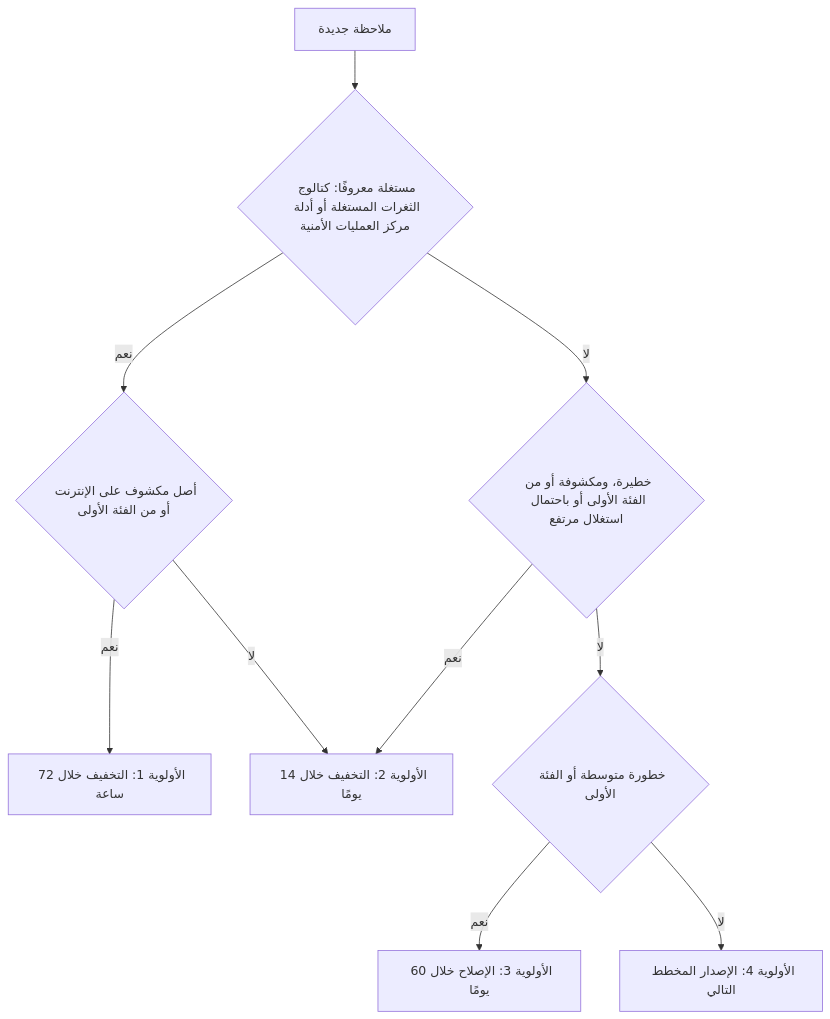
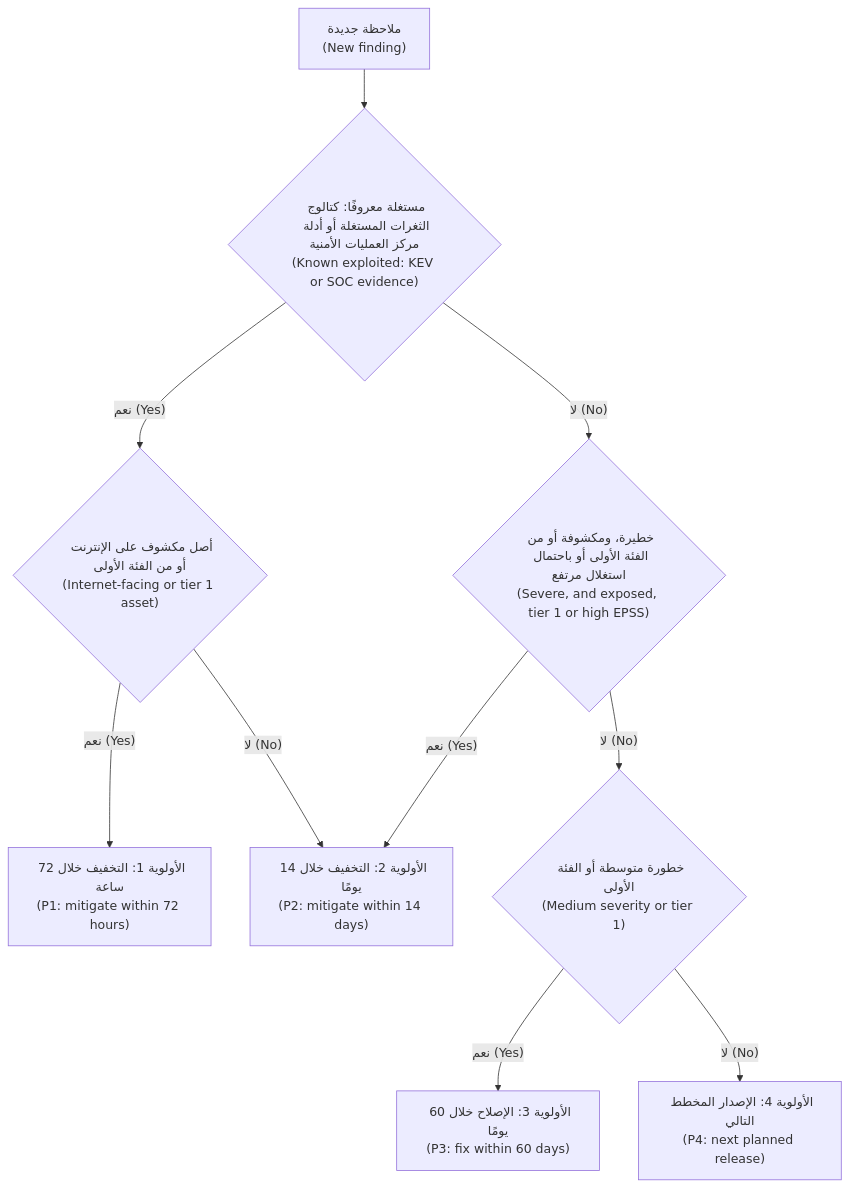
One commit to Tamoura/system-design-for-vibe-coders changed the third of 3 diagrams in secai/modules/01-foundations.ar.md. Above: the diagram before and after it, drawn with Mermaid. The commit also changed other lines of this file and 11 other files, not shown here.

First line of the commit message:
Security course: Arabic modules 10–11 reviewed; RTL diagrams with English labels for modules 0–11

````diff
--- a/secai/modules/01-foundations.ar.md
+++ b/secai/modules/01-foundations.ar.md
@@ -637,12 +637,12 @@
 ```mermaid
 flowchart TD
-    A["ملاحظة جديدة"] --> B{"مستغلة معروفًا: كتالوج الثغرات المستغلة أو أدلة مركز العمليات الأمنية"}
-    B -->|"نعم"| C{"أصل مكشوف على الإنترنت أو من الفئة الأولى"}
-    C -->|"نعم"| P1["الأولوية 1: التخفيف خلال 72 ساعة"]
-    C -->|"لا"| P2["الأولوية 2: التخفيف خلال 14 يومًا"]
-    B -->|"لا"| D{"خطيرة، ومكشوفة أو من الفئة الأولى أو باحتمال استغلال مرتفع"}
-    D -->|"نعم"| P2
-    D -->|"لا"| E{"خطورة متوسطة أو الفئة الأولى"}
-    E -->|"نعم"| P3["الأولوية 3: الإصلاح خلال 60 يومًا"]
-    E -->|"لا"| P4["الأولوية 4: الإصدار المخطط التالي"]
+    A["ملاحظة جديدة<br/>(New finding)"] --> B{"مستغلة معروفًا: كتالوج الثغرات المستغلة أو أدلة مركز العمليات الأمنية<br/>(Known exploited: KEV or SOC evidence)"}
+    B -->|"نعم (Yes)"| C{"أصل مكشوف على الإنترنت أو من الفئة الأولى<br/>(Internet-facing or tier 1 asset)"}
+    C -->|"نعم (Yes)"| P1["الأولوية 1: التخفيف خلال 72 ساعة<br/>(P1: mitigate within 72 hours)"]
+    C -->|"لا (No)"| P2["الأولوية 2: التخفيف خلال 14 يومًا<br/>(P2: mitigate within 14 days)"]
+    B -->|"لا (No)"| D{"خطيرة، ومكشوفة أو من الفئة الأولى أو باحتمال استغلال مرتفع<br/>(Severe, and exposed, tier 1 or high EPSS)"}
+    D -->|"نعم (Yes)"| P2
+    D -->|"لا (No)"| E{"خطورة متوسطة أو الفئة الأولى<br/>(Medium severity or tier 1)"}
+    E -->|"نعم (Yes)"| P3["الأولوية 3: الإصلاح خلال 60 يومًا<br/>(P3: fix within 60 days)"]
+    E -->|"لا (No)"| P4["الأولوية 4: الإصدار المخطط التالي<br/>(P4: next planned release)"]
 ```
````
